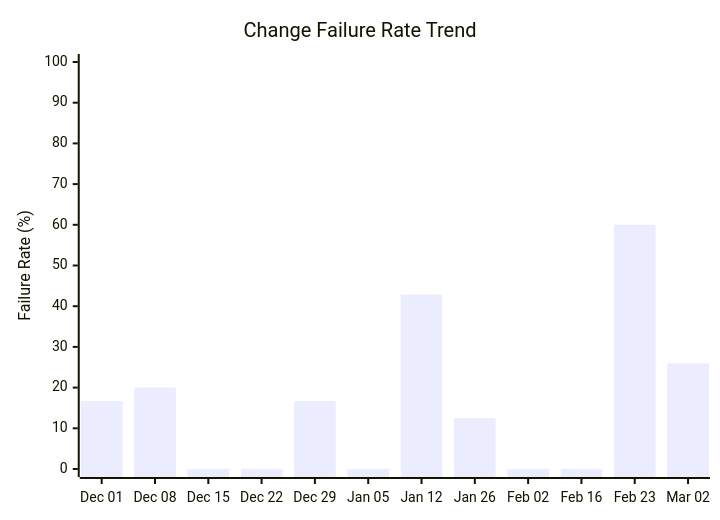
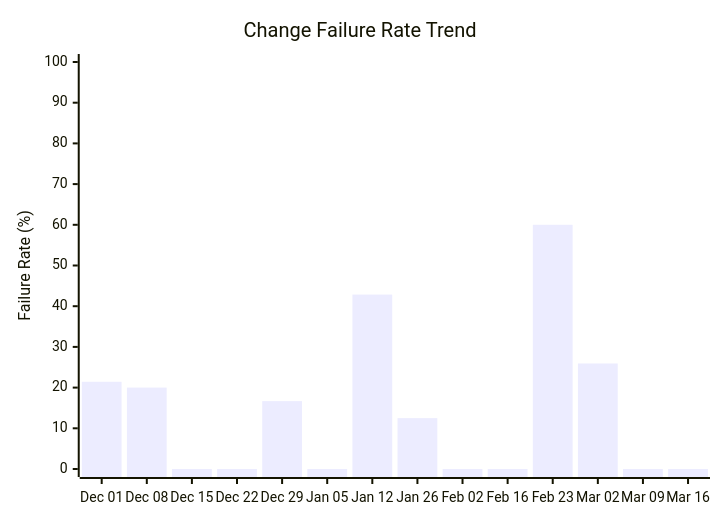
One commit to ukma-cs-ssdm-2025/rate-ukma changed the fourth of 4 diagrams in docs/ci-cd/dora-summary.md. Above: the diagram before and after it, drawn with Mermaid. The commit also changed other lines of this file, not shown here.

````diff
--- a/docs/ci-cd/dora-summary.md
+++ b/docs/ci-cd/dora-summary.md
@@ -71,7 +73,7 @@
 ```mermaid
 xychart-beta
     title "Change Failure Rate Trend"
-    x-axis ["Dec 01", "Dec 08", "Dec 15", "Dec 22", "Dec 29", "Jan 05", "Jan 12", "Jan 26", "Feb 02", "Feb 16", "Feb 23", "Mar 02"]
+    x-axis ["Dec 01", "Dec 08", "Dec 15", "Dec 22", "Dec 29", "Jan 05", "Jan 12", "Jan 26", "Feb 02", "Feb 16", "Feb 23", "Mar 02", "Mar 09", "Mar 16"]
     y-axis "Failure Rate (%)" 0 --> 100
-    bar [16.67, 20.00, 0.00, 0.00, 16.67, 0.00, 42.86, 12.50, 0.00, 0.00, 60.00, 25.93]
+    bar [21.43, 20.00, 0.00, 0.00, 16.67, 0.00, 42.86, 12.50, 0.00, 0.00, 60.00, 25.93, 0.00, 0.00]
 ```
````
